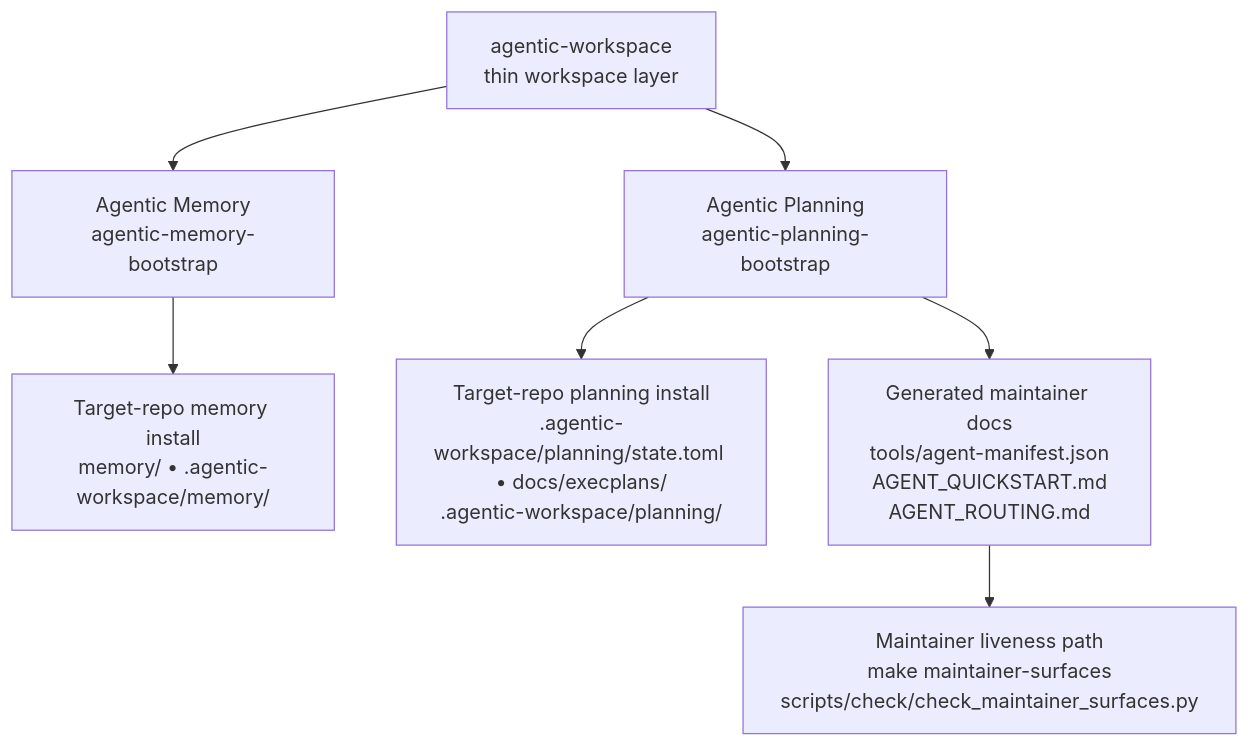
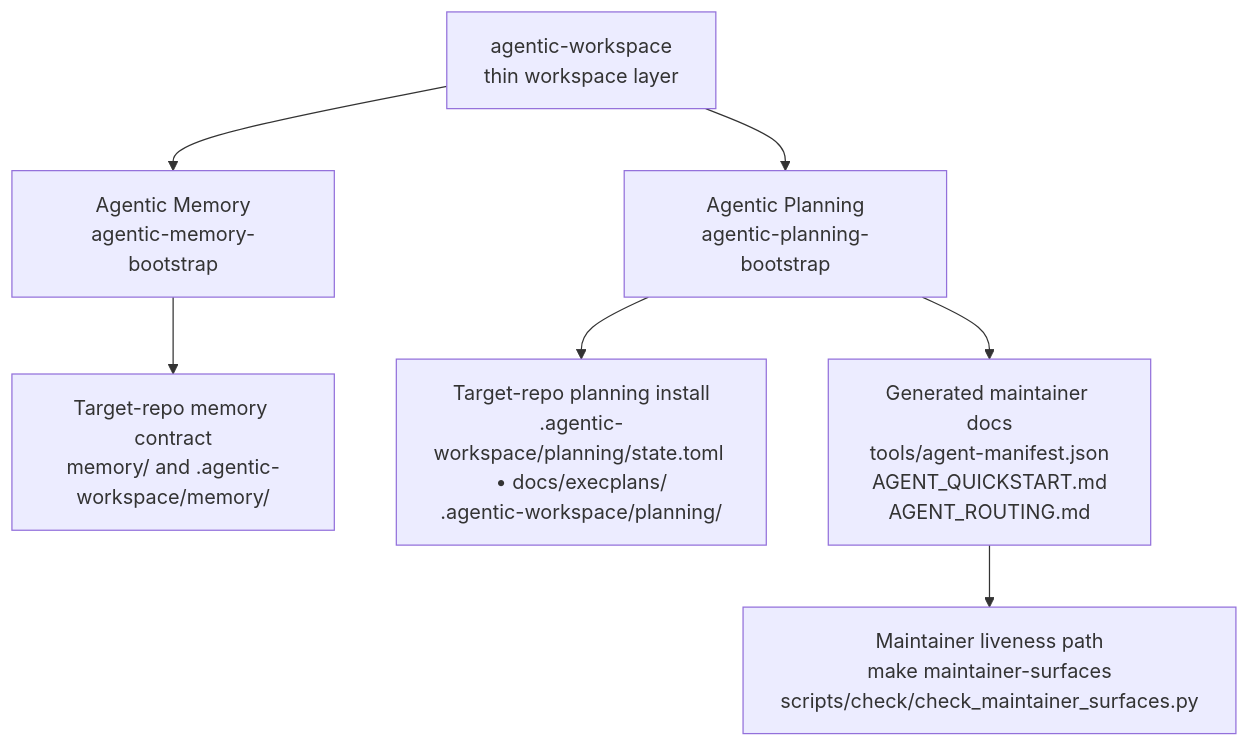
The diagram in docs/architecture.md (rickardvh/agentic-workspace), drawn with Mermaid before and after one commit. The commit also changed other lines of this file and 30 other files, not shown here.

````diff
--- a/docs/architecture.md
+++ b/docs/architecture.md
@@ -9,9 +9,9 @@
 ```mermaid
 flowchart TD
     W[agentic-workspace\nthin workspace layer] --> M[Agentic Memory\nagentic-memory-bootstrap]
     W --> P[Agentic Planning\nagentic-planning-bootstrap]
     P --> R[Target-repo planning install\n.agentic-workspace/planning/state.toml • docs/execplans/\n.agentic-workspace/planning/]
-    M --> N[Target-repo memory install\nmemory/ • .agentic-workspace/memory/]
+    M --> N[Target-repo memory contract\nmemory/ and .agentic-workspace/memory/]
     P --> G[Generated maintainer docs\ntools/agent-manifest.json\nAGENT_QUICKSTART.md\nAGENT_ROUTING.md]
     G --> C[Maintainer liveness path\nmake maintainer-surfaces\nscripts/check/check_maintainer_surfaces.py]
 ```
````
